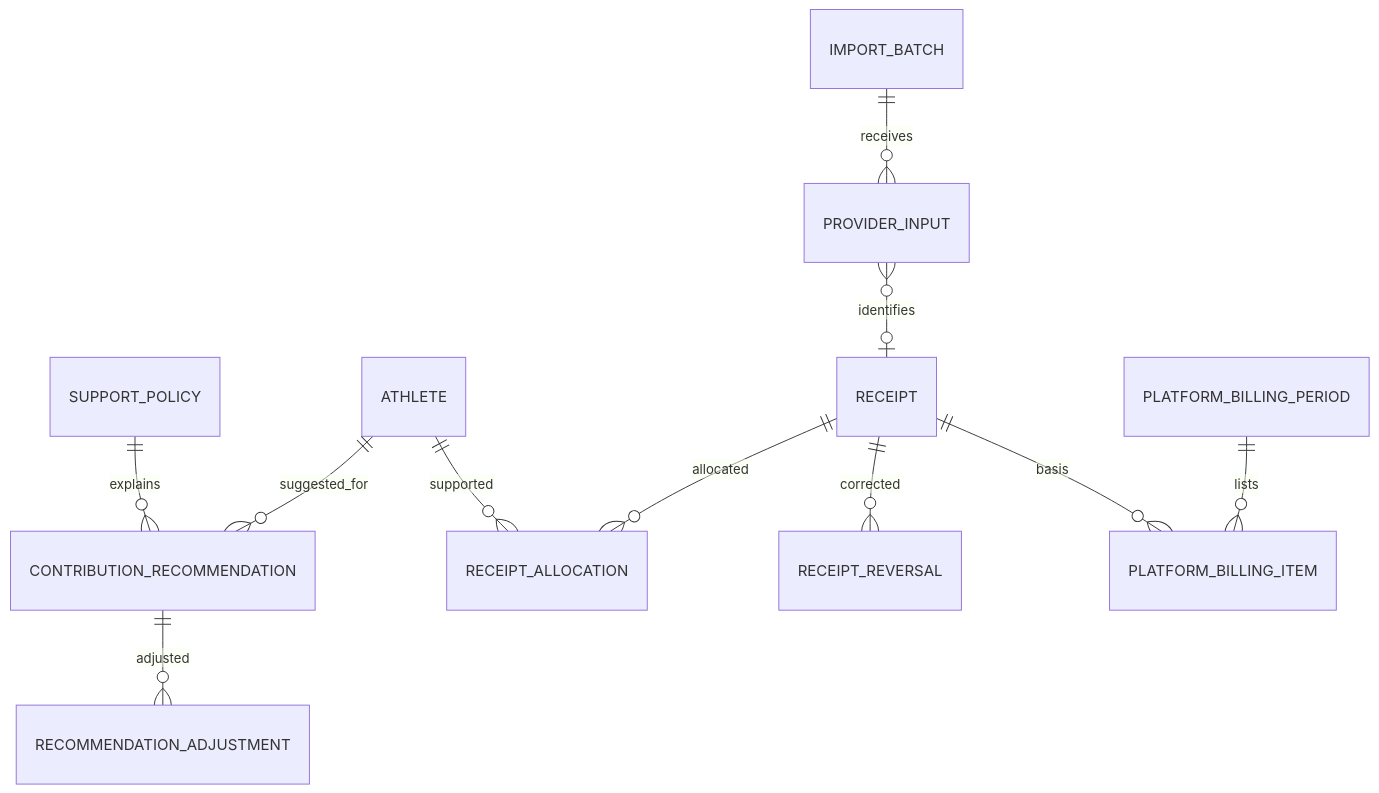
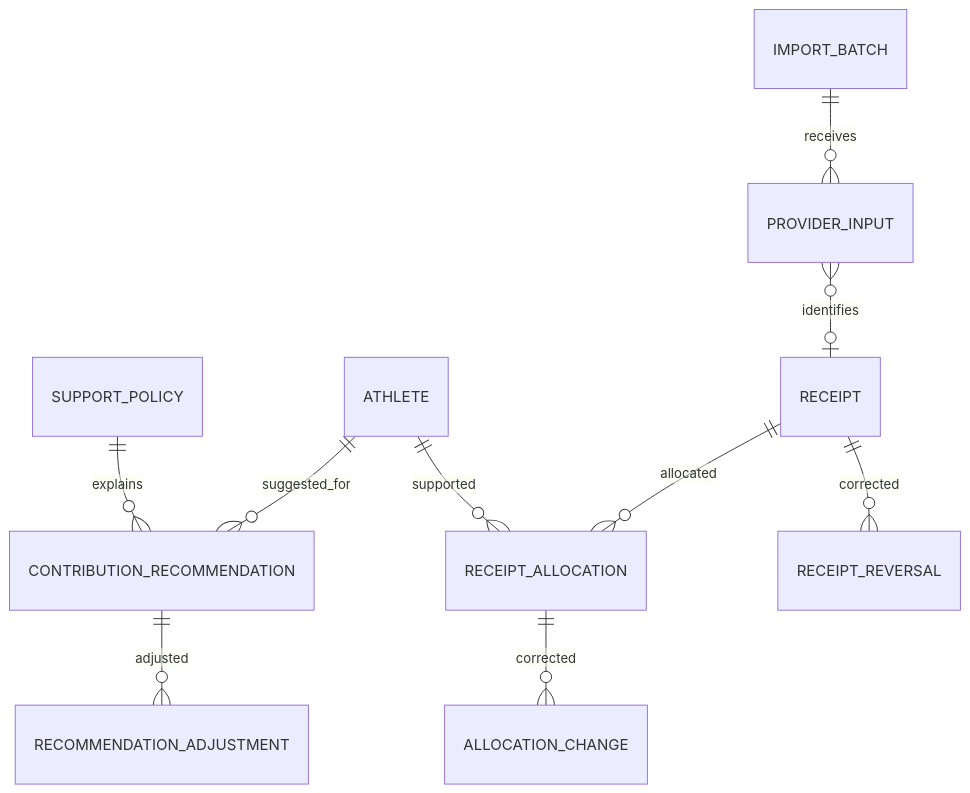
One commit to StarMadeGalaxy/JudeOS changed the second of 2 diagrams in planning/DATA-MODEL.md. Above: the diagram before and after it, drawn with Mermaid. The commit also changed other lines of this file and 20 other files, not shown here.

Commit message:
docs: align MVP plan and architecture after critical review

````diff
--- a/planning/DATA-MODEL.md
+++ b/planning/DATA-MODEL.md
@@ -50,13 +81,12 @@
 ```mermaid
 erDiagram
     ATHLETE ||--o{ CONTRIBUTION_RECOMMENDATION : suggested_for
     SUPPORT_POLICY ||--o{ CONTRIBUTION_RECOMMENDATION : explains
     CONTRIBUTION_RECOMMENDATION ||--o{ RECOMMENDATION_ADJUSTMENT : adjusted
     IMPORT_BATCH ||--o{ PROVIDER_INPUT : receives
     PROVIDER_INPUT }o--o| RECEIPT : identifies
     RECEIPT ||--o{ RECEIPT_ALLOCATION : allocated
     ATHLETE ||--o{ RECEIPT_ALLOCATION : supported
     RECEIPT ||--o{ RECEIPT_REVERSAL : corrected
-    PLATFORM_BILLING_PERIOD ||--o{ PLATFORM_BILLING_ITEM : lists
-    RECEIPT ||--o{ PLATFORM_BILLING_ITEM : basis
+    RECEIPT_ALLOCATION ||--o{ ALLOCATION_CHANGE : corrected
 ```
````
